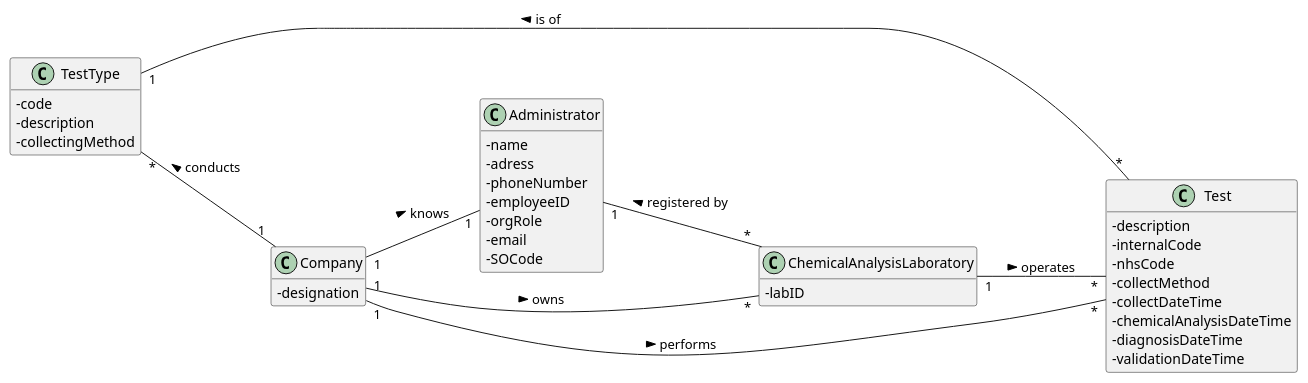
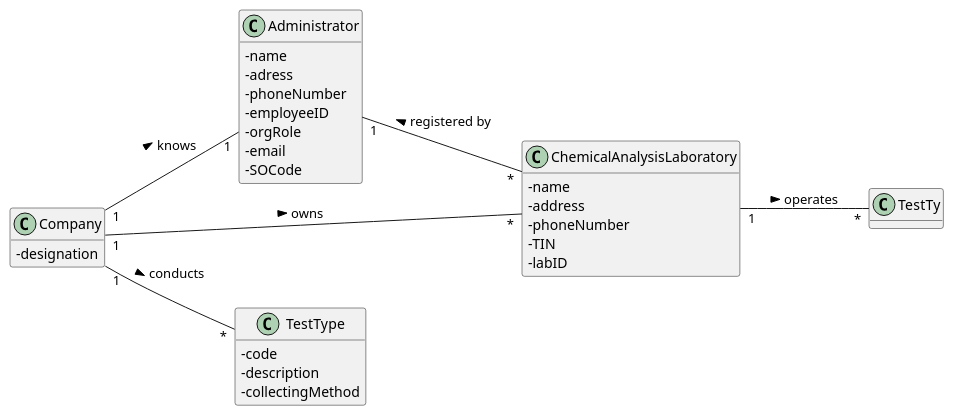
Before and after one commit to 0franciscor/lei-21-s2-1de-g19: the diagram in docs/SprintB/US08/US8_MD.puml, drawn with PlantUML. The commit also changed 7 other files, not shown here.

Commit message:
graphics upd8

```diff
--- a/docs/SprintB/US08/US8_MD.puml
+++ b/docs/SprintB/US08/US8_MD.puml
@@ -1,55 +1,45 @@
 @startuml
 hide methods
 left to right direction
 
 
 Administrator "1" -- "*" ChemicalAnalysisLaboratory : < registered by
-ChemicalAnalysisLaboratory "1" -- "*" Test : > operates 
+ChemicalAnalysisLaboratory "1" -- "*" TestTy : > operates 
 
-Company "1" -- "*" Test : > performs
+Company "1" -- "1" Administrator : > knows
 Company "1" -- "*" ChemicalAnalysisLaboratory : > owns
-Company "1" -- "1" Administrator : > knows
-
-TestType "*" -- "1" Company : < conducts
-TestType "1" -- "*" Test: < is of
-
+Company "1" -- "*" TestType : > conducts
 
 skinparam classAttributeIconSize 0
 
 class Company{
 -designation
 }
 
 
 class Administrator{
 -name
 -adress
 -phoneNumber
 -employeeID
 -orgRole
 -email
 -SOCode
 }
 
 class ChemicalAnalysisLaboratory{
+-name
+-address
+-phoneNumber
+-TIN
 -labID
 }
 
 class TestType{
 -code
 -description
 -collectingMethod
 }
 
-class Test{
--description
--internalCode
--nhsCode
--collectMethod
--collectDateTime
--chemicalAnalysisDateTime
--diagnosisDateTime
--validationDateTime
-}
 
 @enduml
```
